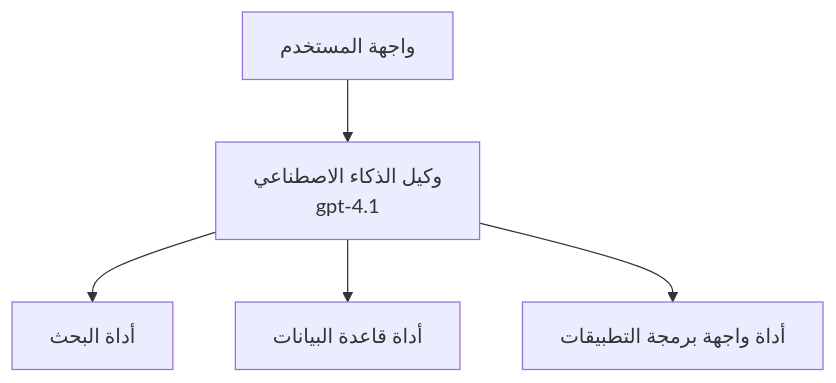
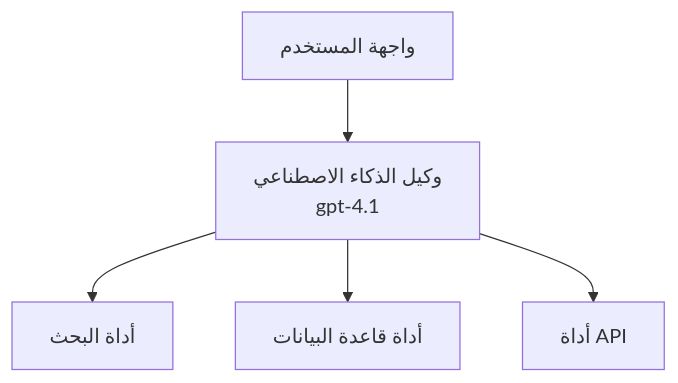
Before and after one commit to microsoft/AZD-for-beginners: the first of 3 diagrams in translations/ar/docs/chapter-02-ai-development/agents.md, drawn with Mermaid. The commit also changed other lines of this file and 59 other files, not shown here.

````diff
--- a/translations/ar/docs/chapter-02-ai-development/agents.md
+++ b/translations/ar/docs/chapter-02-ai-development/agents.md
@@ -162,7 +162,7 @@
 ```mermaid
 graph TD
     UI[واجهة المستخدم] --> Agent[وكيل الذكاء الاصطناعي<br/>gpt-4.1]
     Agent --> Search[أداة البحث]
     Agent --> Database[أداة قاعدة البيانات]
-    Agent --> API[أداة واجهة برمجة التطبيقات]
+    Agent --> API[أداة API]
 ```
````
